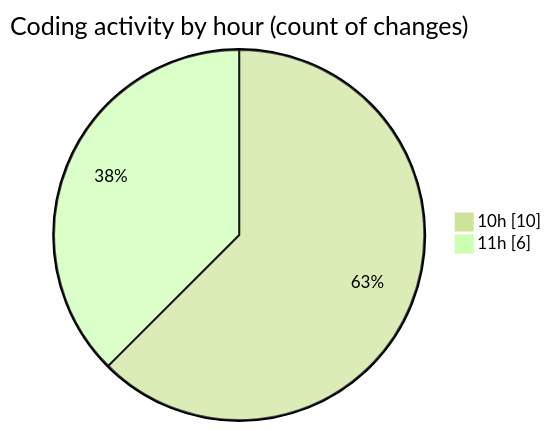
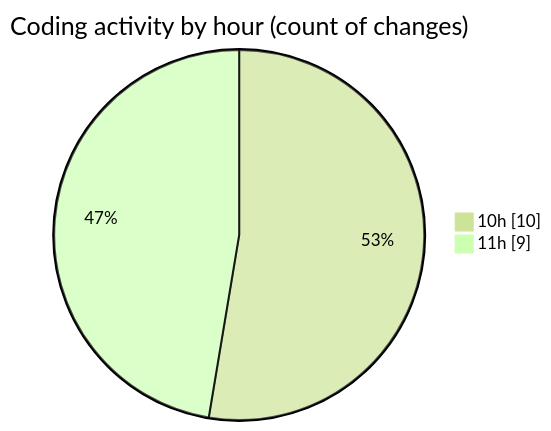
One commit to donsfak/code-tracking changed the second of 2 diagrams in 2025-02-18/uber_clone/README.md. Above: the diagram before and after it, drawn with Mermaid (forest theme). The commit also changed other lines of this file and 1 other file, not shown here.

````diff
--- a/2025-02-18/uber_clone/README.md
+++ b/2025-02-18/uber_clone/README.md
@@ -29,6 +29,6 @@
 ```mermaid
 pie showData
 title Coding activity by hour (count of changes)
 "10h" : 10
-"11h" : 6
+"11h" : 9
 ```
````
